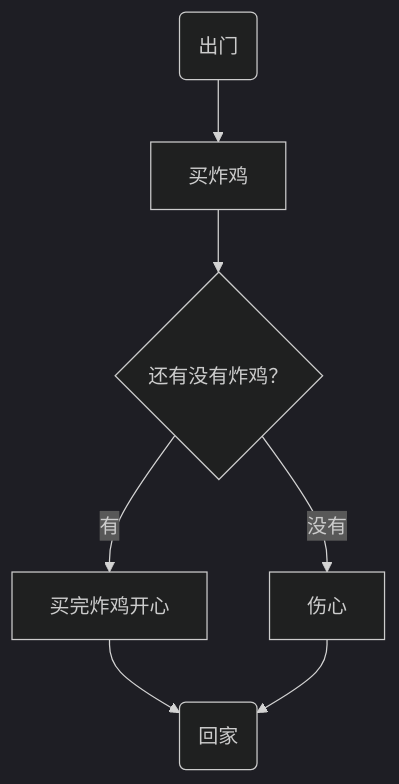
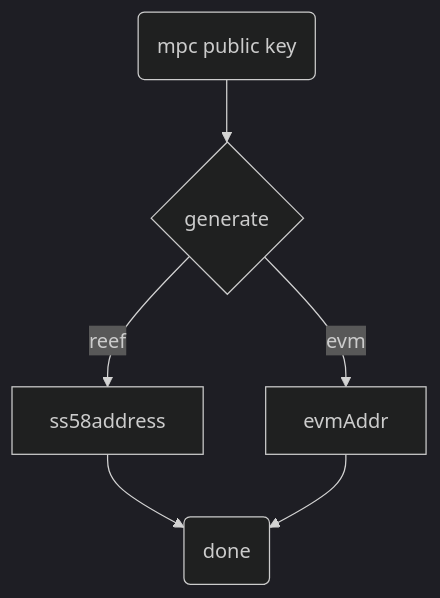
The diagram in tokens/reef/README.md (anyswap/CrossChain-Router), drawn with Mermaid (dark theme) before and after one commit.

````diff
--- a/tokens/reef/README.md
+++ b/tokens/reef/README.md
@@ -11,7 +11,6 @@
 ```mermaid
 graph TB
-    begin(出门)--> buy[买炸鸡]
-    buy --> IsRemaining{"还有没有炸鸡？"}
-    IsRemaining -->|有|happy[买完炸鸡开心]--> goBack(回家)
-    IsRemaining --没有--> sad["伤心"]--> goBack
+    begin(mpc public key)--> IsRemaining{"generate"}
+    IsRemaining -->|reef|reefAddr[ss58address]--> done(done)
+    IsRemaining --evm--> evmAddr[evmAddr]--> done
 ```
````
